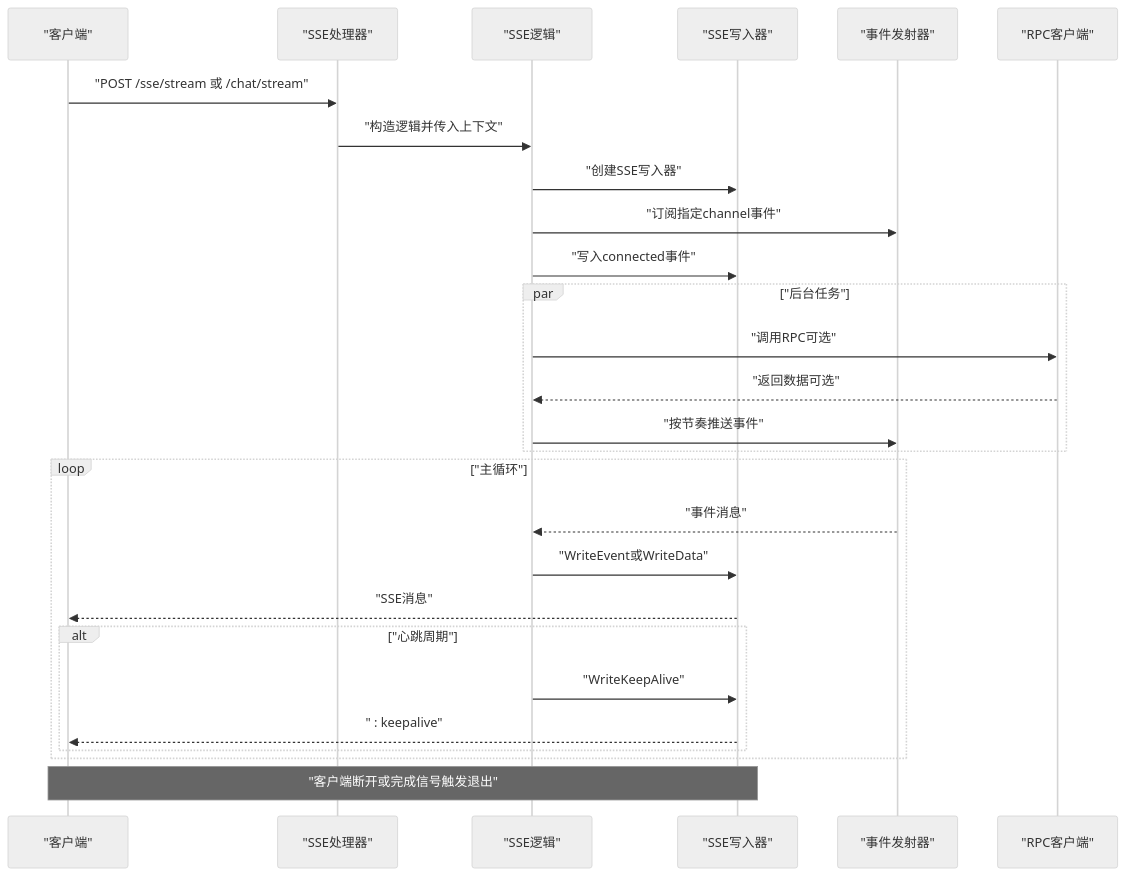
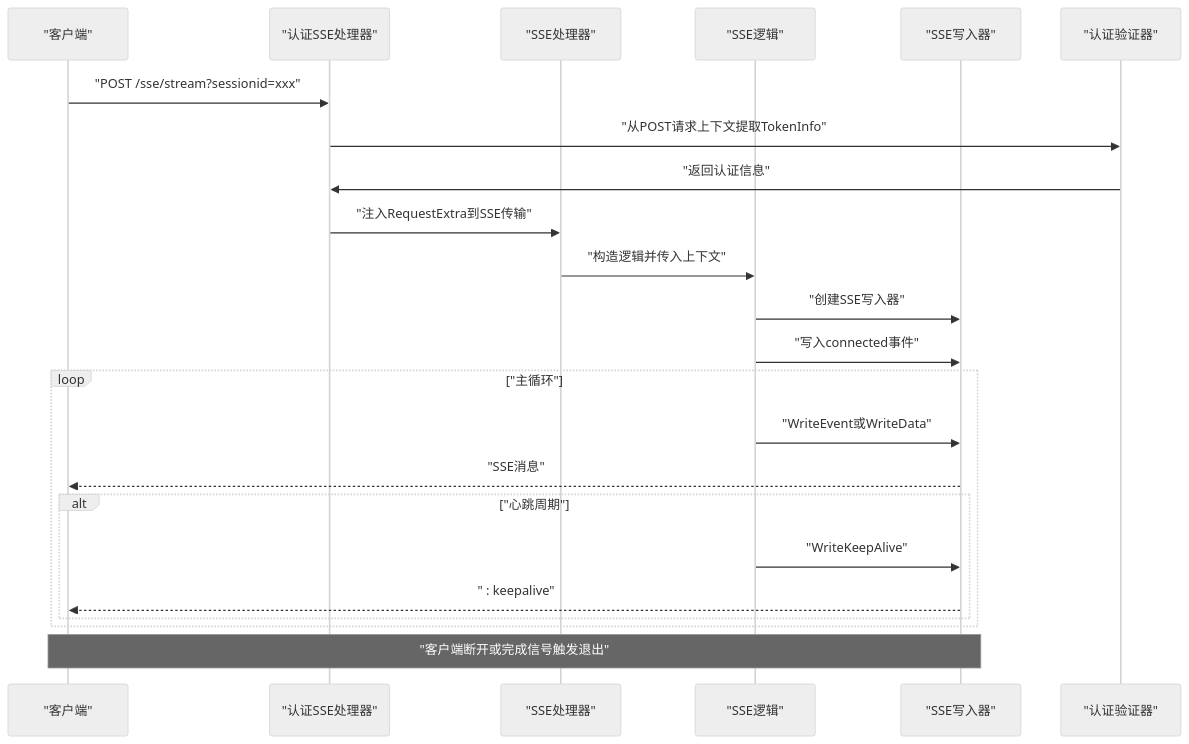
One commit to maomao94/zero-service changed the second of 11 diagrams in .qoder/repowiki/zh/content/实时通信模块/Server-Sent Events流式传输.md. Above: the diagram before and after it, drawn with Mermaid (neutral theme). The commit also changed other lines of this file and 11 other files, not shown here.

````diff
--- a/.qoder/repowiki/zh/content/实时通信模块/Server-Sent Events流式传输.md
+++ b/.qoder/repowiki/zh/content/实时通信模块/Server-Sent Events流式传输.md
@@ -117,29 +141,25 @@
 ```mermaid
 sequenceDiagram
 participant Client as "客户端"
-participant Handler as "SSE处理器"
+participant AuthHandler as "认证SSE处理器"
+participant SSEHandler as "SSE处理器"
 participant Logic as "SSE逻辑"
 participant Writer as "SSE写入器"
-participant Emitter as "事件发射器"
-participant RPC as "RPC客户端"
-Client->>Handler : "POST /sse/stream 或 /chat/stream"
-Handler->>Logic : "构造逻辑并传入上下文"
+participant Auth as "认证验证器"
+Client->>AuthHandler : "POST /sse/stream?sessionid=xxx"
+AuthHandler->>Auth : "从POST请求上下文提取TokenInfo"
+Auth->>AuthHandler : "返回认证信息"
+AuthHandler->>SSEHandler : "注入RequestExtra到SSE传输"
+SSEHandler->>Logic : "构造逻辑并传入上下文"
 Logic->>Writer : "创建SSE写入器"
-Logic->>Emitter : "订阅指定channel事件"
 Logic->>Writer : "写入connected事件"
-par "后台任务"
-Logic->>RPC : "调用RPC可选"
-RPC-->>Logic : "返回数据可选"
-Logic->>Emitter : "按节奏推送事件"
-end
 loop "主循环"
-Emitter-->>Logic : "事件消息"
 Logic->>Writer : "WriteEvent或WriteData"
 Writer-->>Client : "SSE消息"
 alt "心跳周期"
 Logic->>Writer : "WriteKeepAlive"
 Writer-->>Client : " : keepalive"
 end
 end
 note over Client,Writer : "客户端断开或完成信号触发退出"
 ```
````
